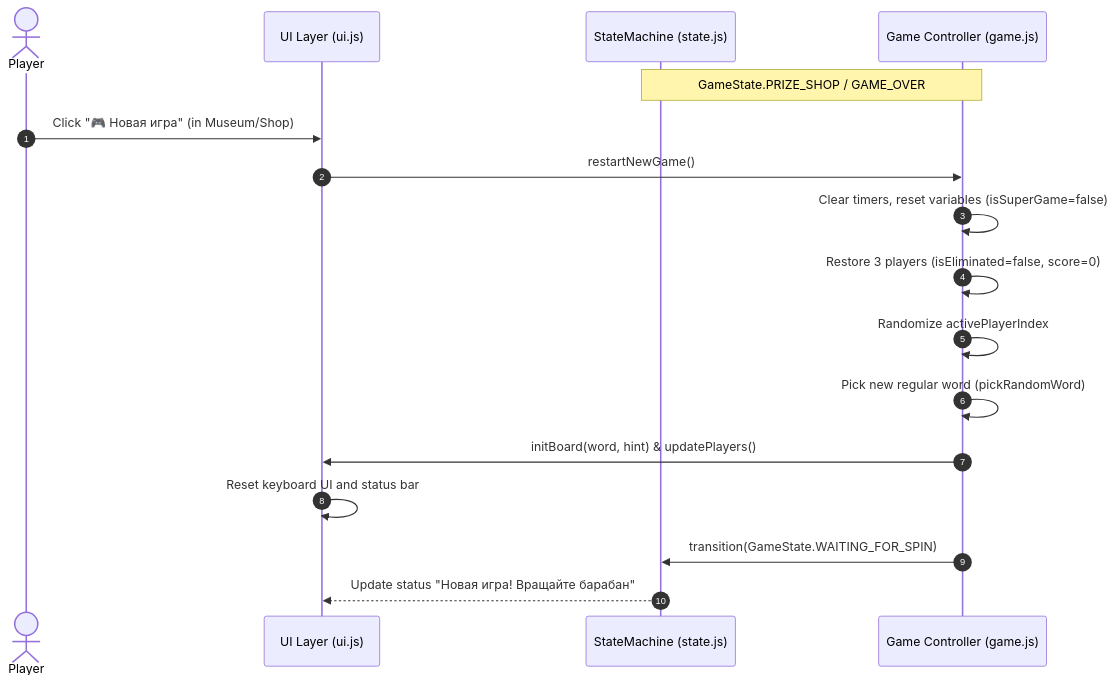
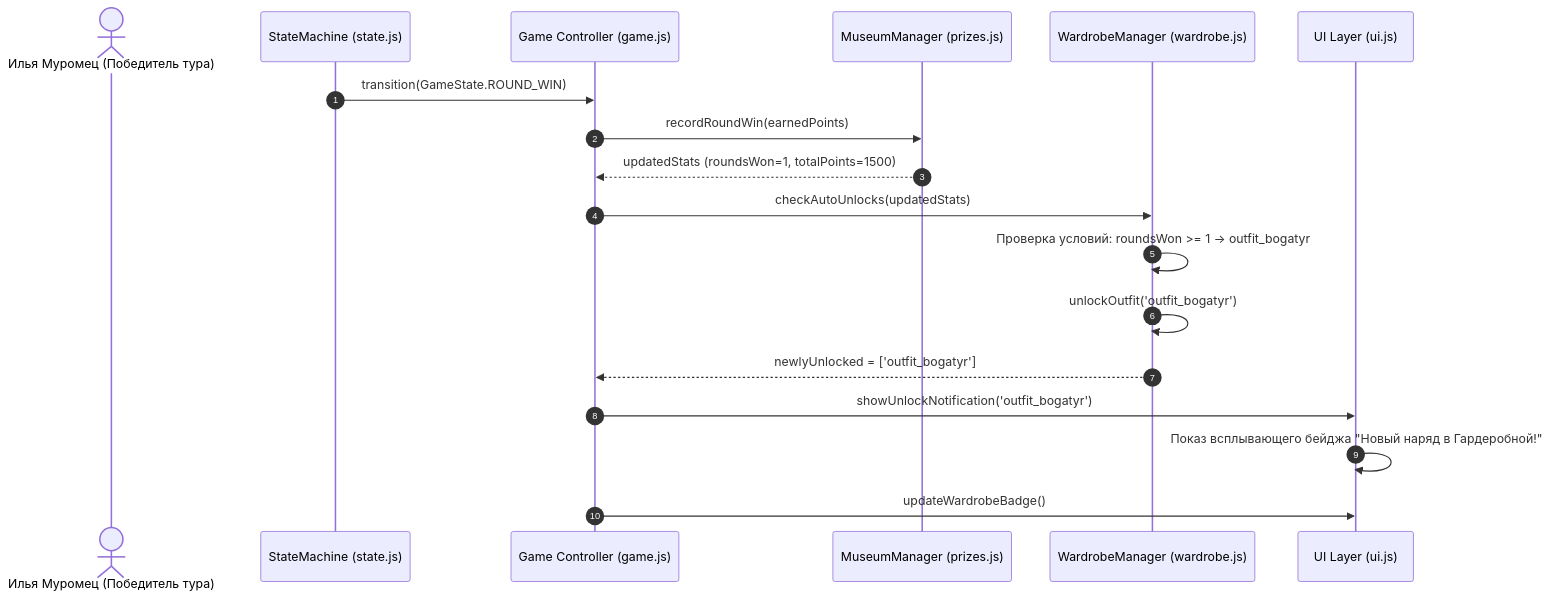
Before and after one commit to sergeibakurovus-source/pole_chudes: the fourth of 4 diagrams in docs/System_Design.md, drawn with Mermaid. The commit also changed other lines of this file, not shown here.

Commit message:
docs(arch): system architecture and interfaces [Gate 1B approved]

````diff
--- a/docs/System_Design.md
+++ b/docs/System_Design.md
@@ -407,20 +565,23 @@
 ```mermaid
 sequenceDiagram
     autonumber
-    actor Player
-    participant UI as UI Layer (ui.js)
+    actor Player as Илья Муромец (Победитель тура)
     participant SM as StateMachine (state.js)
     participant Game as Game Controller (game.js)
+    participant MM as MuseumManager (prizes.js)
+    participant WM as WardrobeManager (wardrobe.js)
+    participant UI as UI Layer (ui.js)
 
-    Note over SM,Game: GameState.PRIZE_SHOP / GAME_OVER
-    Player->>UI: Click "🎮 Новая игра" (in Museum/Shop)
-    UI->>Game: restartNewGame()
-    Game->>Game: Clear timers, reset variables (isSuperGame=false)
-    Game->>Game: Restore 3 players (isEliminated=false, score=0)
-    Game->>Game: Randomize activePlayerIndex
-    Game->>Game: Pick new regular word (pickRandomWord)
-    Game->>UI: initBoard(word, hint) & updatePlayers()
-    UI->>UI: Reset keyboard UI and status bar
-    Game->>SM: transition(GameState.WAITING_FOR_SPIN)
-    SM-->>UI: Update status "Новая игра! Вращайте барабан"
+    SM->>Game: transition(GameState.ROUND_WIN)
+    Game->>MM: recordRoundWin(earnedPoints)
+    MM-->>Game: updatedStats (roundsWon=1, totalPoints=1500)
+    
+    Game->>WM: checkAutoUnlocks(updatedStats)
+    WM->>WM: Проверка условий: roundsWon >= 1 -> outfit_bogatyr
+    WM->>WM: unlockOutfit('outfit_bogatyr')
+    WM-->>Game: newlyUnlocked = ['outfit_bogatyr']
+    
+    Game->>UI: showUnlockNotification('outfit_bogatyr')
+    UI->>UI: Показ всплывающего бейджа "Новый наряд в Гардеробной!"
+    Game->>UI: updateWardrobeBadge()
 ```
````
